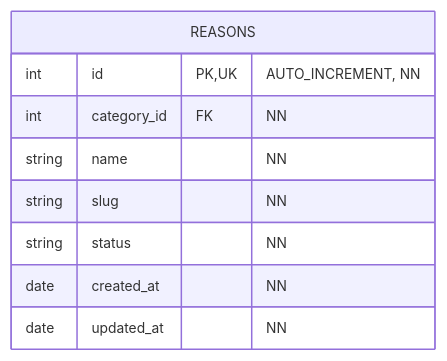
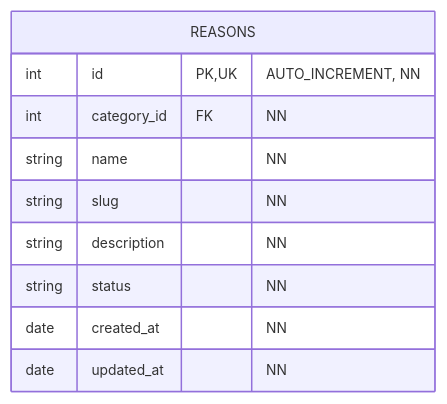
One commit to Juandiego001/lab-dental changed diagram 31 of 39 in docs/db/db.md. Above: the diagram before and after it, drawn with Mermaid. The commit also changed other lines of this file and 47 other files, not shown here.

````diff
--- a/docs/db/db.md
+++ b/docs/db/db.md
@@ -551,13 +565,14 @@
 ```mermaid
 %%{init: {'theme': 'default', 'themeVariables': { 'fontSize': '12px', 'entityPadding': '5' }}}%%
 erDiagram
     REASONS {
         int id PK, UK "AUTO_INCREMENT, NN"
         int category_id FK "NN"
         string name "NN"
         string slug "NN"
+        string description "NN"
         string status "NN"
         date created_at "NN"
         date updated_at "NN"
     }
 ```
````
